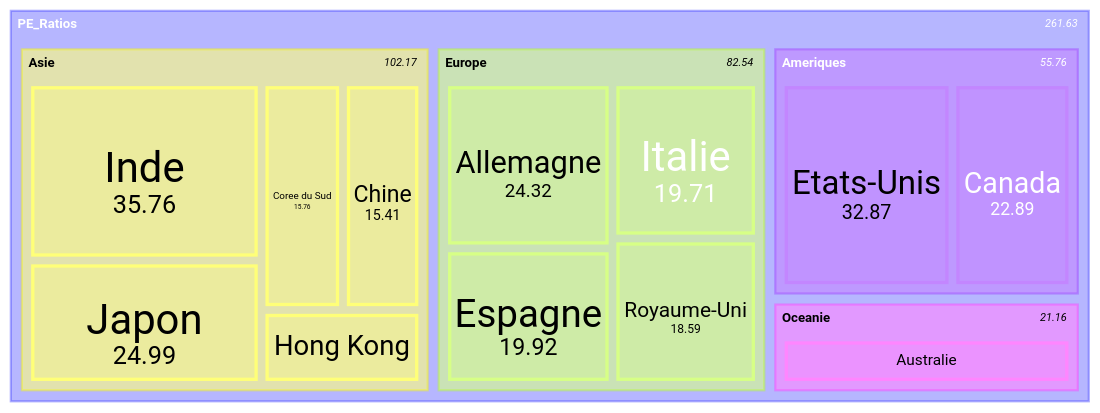
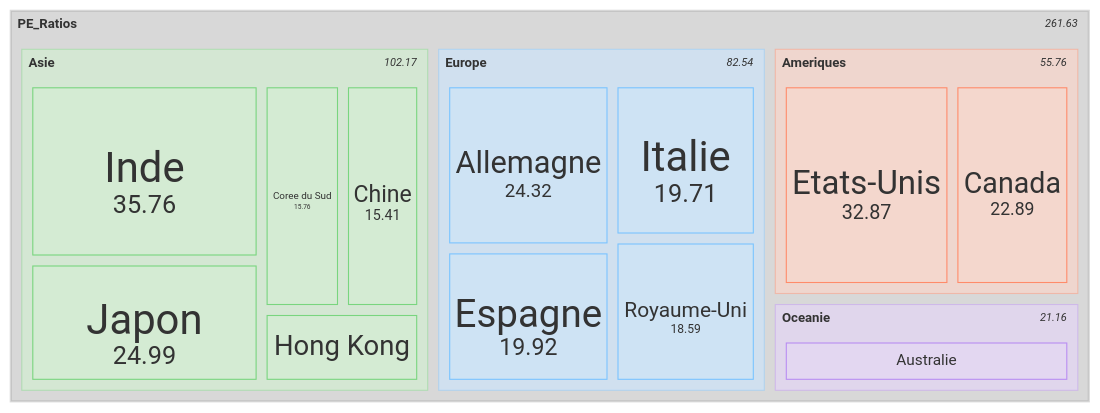
Before and after one commit to micka2000/Pr-sentation-shiller-PE: the diagram in Shillerpe.md, drawn with Mermaid.

Commit message:
Refactor treemap data and add color palettes
Updated the treemap data structure and added regional color palettes.

````diff
--- a/Shillerpe.md
+++ b/Shillerpe.md
@@ -52,20 +52,44 @@
 ```mermaid
+%%{init: {
+  "theme": "base",
+  "themeVariables": {
+    "fontFamily": "Inter, Segoe UI, Roboto, sans-serif",
+    "primaryColor": "#ffffff",
+    "textColor": "#1E1E1E"
+  },
+  "config": {
+    "treemap": {
+      "showValues": true,
+      "padding": 14,
+      "diagramPadding": 8,
+      "labelFontSize": 14,
+      "valueFontSize": 12
+    }
+  }
+}}%%
 treemap-beta
 "PE_Ratios"
-  "Ameriques"
-    "Etats-Unis": 32.87
-    "Canada": 22.89
-  "Europe"
-    "Allemagne": 24.32
-    "Royaume-Uni": 18.59
-    "Italie": 19.71
-    "Espagne": 19.92
-  "Asie"
-    "Japon": 24.99
-    "Chine": 15.41
-    "Hong Kong": 10.25
-    "Coree du Sud": 15.76
-    "Inde": 35.76
-  "Oceanie"
-    "Australie": 21.16
+  "Ameriques":::ameriques
+    "Etats-Unis": 32.87:::ameriques
+    "Canada": 22.89:::ameriques
+  "Europe":::europe
+    "Allemagne": 24.32:::europe
+    "Royaume-Uni": 18.59:::europe
+    "Italie": 19.71:::europe
+    "Espagne": 19.92:::europe
+  "Asie":::asie
+    "Japon": 24.99:::asie
+    "Chine": 15.41:::asie
+    "Hong Kong": 10.25:::asie
+    "Coree du Sud": 15.76:::asie
+    "Inde": 35.76:::asie
+  "Oceanie":::oceanie
+    "Australie": 21.16:::oceanie
+
+%% 🎨 Palettes régionales (pastel premium)
+classDef ameriques fill:#FFD6C9,stroke:#FF8B6A,stroke-width:1px,color:#2E2E2E;   %% corail pastel
+classDef europe fill:#CBE7FF,stroke:#7AC4FF,stroke-width:1px,color:#1A1A1A;     %% bleu céleste
+classDef asie fill:#D3F2D1,stroke:#79D57F,stroke-width:1px,color:#1A1A1A;       %% vert jade
+classDef oceanie fill:#E7D6FA,stroke:#B98DF2,stroke-width:1px,color:#2E2E2E;    %% lavande
+
 ```
````
